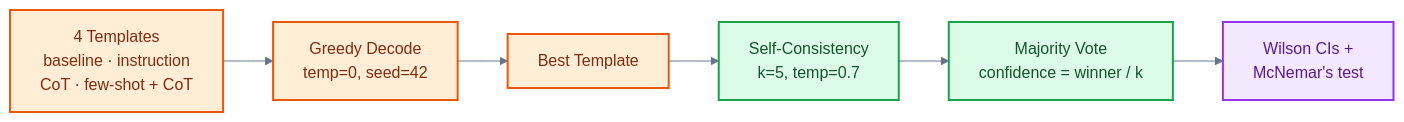
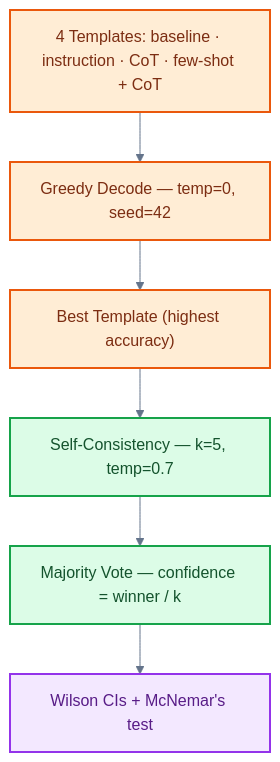
The second of 4 diagrams in README.md (jameswniu/self-hosted-llm-evals-lab), drawn with Mermaid before and after one commit. The commit also changed other lines of this file, not shown here.

First line of the commit message:
switch pipeline diagrams from LR to TD for larger rendering

````diff
--- a/README.md
+++ b/README.md
@@ -110,16 +110,16 @@
 ```mermaid
 %%{init: {'theme': 'base', 'themeVariables': {'lineColor': '#64748b', 'clusterBkg': '#f8fafc', 'clusterBorder': '#e2e8f0'}}}%%
-flowchart LR
+flowchart TD
     classDef orange fill:#ffedd5,stroke:#ea580c,color:#7c2d12,stroke-width:2px
     classDef green fill:#dcfce7,stroke:#16a34a,color:#14532d,stroke-width:2px
     classDef purple fill:#f3e8ff,stroke:#9333ea,color:#581c87,stroke-width:2px
 
-    T["4 Templates<br/>baseline · instruction<br/>CoT · few-shot + CoT"]:::orange
-    GD["Greedy Decode<br/>temp=0, seed=42"]:::orange
-    BEST["Best Template"]:::orange
-    SC["Self-Consistency<br/>k=5, temp=0.7"]:::green
-    MV["Majority Vote<br/>confidence = winner / k"]:::green
-    STAT["Wilson CIs +<br/>McNemar's test"]:::purple
+    T["4 Templates: baseline · instruction · CoT · few-shot + CoT"]:::orange
+    GD["Greedy Decode — temp=0, seed=42"]:::orange
+    BEST["Best Template (highest accuracy)"]:::orange
+    SC["Self-Consistency — k=5, temp=0.7"]:::green
+    MV["Majority Vote — confidence = winner / k"]:::green
+    STAT["Wilson CIs + McNemar's test"]:::purple
 
     T --> GD --> BEST --> SC --> MV --> STAT
 ```
````
